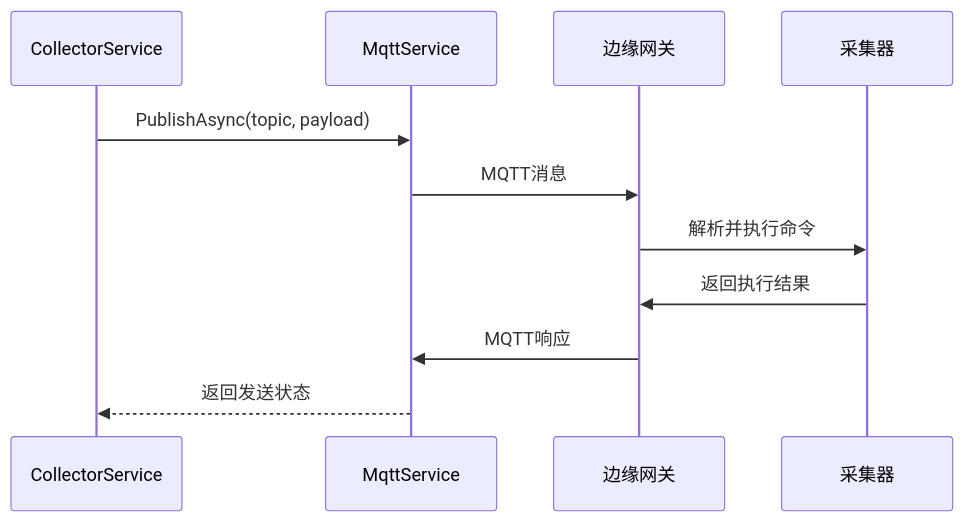
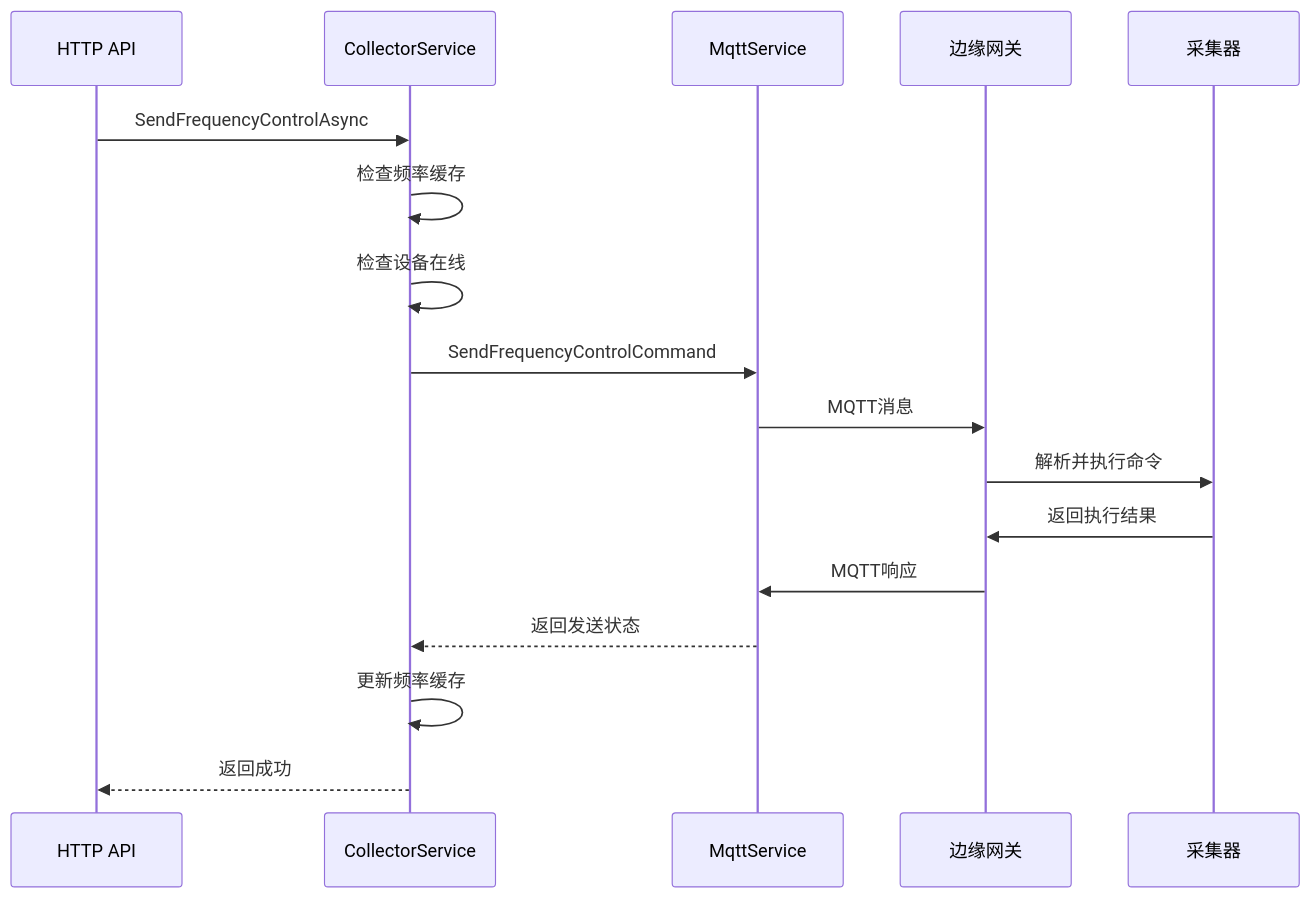
One commit to Zhoutenong/Obsidian_Voiceprint changed the fourth of 4 diagrams in voiceprint_backend_docs/Modules/ast-intellisub/Alarm/CollectorService.md. Above: the diagram before and after it, drawn with Mermaid. The commit also changed other lines of this file and 25 other files, not shown here.

````diff
--- a/voiceprint_backend_docs/Modules/ast-intellisub/Alarm/CollectorService.md
+++ b/voiceprint_backend_docs/Modules/ast-intellisub/Alarm/CollectorService.md
@@ -235,14 +326,20 @@
 ```mermaid
 sequenceDiagram
+    participant API as HTTP API
     participant C as CollectorService
     participant M as MqttService
     participant G as 边缘网关
     participant S as 采集器
 
-    C->>M: PublishAsync(topic, payload)
+    API->>C: SendFrequencyControlAsync
+    C->>C: 检查频率缓存
+    C->>C: 检查设备在线
+    C->>M: SendFrequencyControlCommand
     M->>G: MQTT消息
     G->>S: 解析并执行命令
     S->>G: 返回执行结果
     G->>M: MQTT响应
     M-->>C: 返回发送状态
+    C->>C: 更新频率缓存
+    C-->>API: 返回成功
 ```
````
